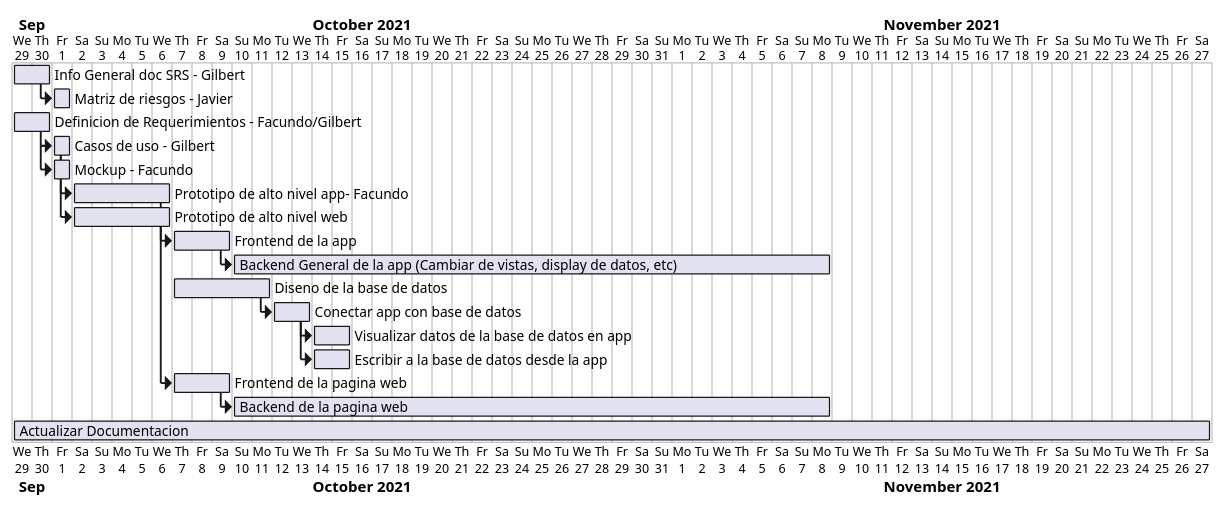
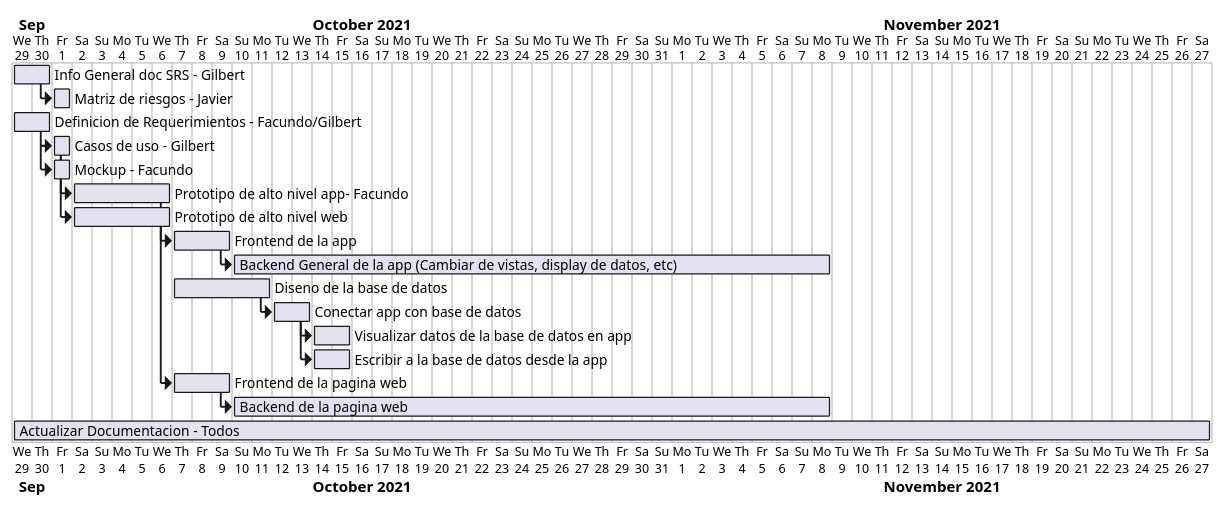
The diagram in Diagramas.md (facund015/codeRelatedObsidianNotes), drawn with PlantUML before and after one commit.

Commit message:
vault backup: 2021-10-01 16:03:30

````diff
--- a/Diagramas.md
+++ b/Diagramas.md
@@ -1,34 +1,34 @@
 ```plantuml
 
 @startgantt
 Project starts 2021-09-29
 
 [Info General doc SRS - Gilbert] as [SRS] lasts 2 days and starts 2021-09-29
 [Matriz de riesgos - Javier] as [MR] lasts 1 days and starts at [SRS]'s end
 
 [Definicion de Requerimientos - Facundo/Gilbert] as [DR] lasts 2 day and starts 2021-09-29
 [Casos de uso - Gilbert] as [CS] lasts 1 day and starts at [DR]'s end
 [Mockup - Facundo] as [MP] lasts 1 days and starts at [CS]'s start
 
 [Prototipo de alto nivel app- Facundo] as [PAN] lasts 5 days and starts at [CS]'s end
 [Prototipo de alto nivel web] as [PAW] lasts 5 days and starts at [CS]'s end
 
 [Frontend de la app] as [FEA] lasts 3 days and starts at [PAN]'s end
 [Backend General de la app (Cambiar de vistas, display de datos, etc)] as [BGA] lasts 30 days and starts at [FEA]'s end
 
 [Diseno de la base de datos] as [DBD] lasts 5 days and starts 2021-10-7
 [Conectar app con base de datos] as [CBD] lasts 2 days and starts at [DBD]'s end
 [Visualizar datos de la base de datos en app] as [VBD] lasts 2 days and starts at [CBD]'s end
 [Escribir a la base de datos desde la app] as [EBD] lasts 2 days and starts at [CBD]'s end
 
 [Frontend de la pagina web] as [FPW] lasts 3 days and starts at [PAW]'s end
 [Backend de la pagina web] as [BPW] lasts 30 days and starts at [FPW]'s end
 
 
 
-[Actualizar Documentacion] as [ASRS] lasts 60 days
+[Actualizar Documentacion - Todos] as [ASRS] lasts 60 days
 @endgantt
 
 
 
 ```
````
